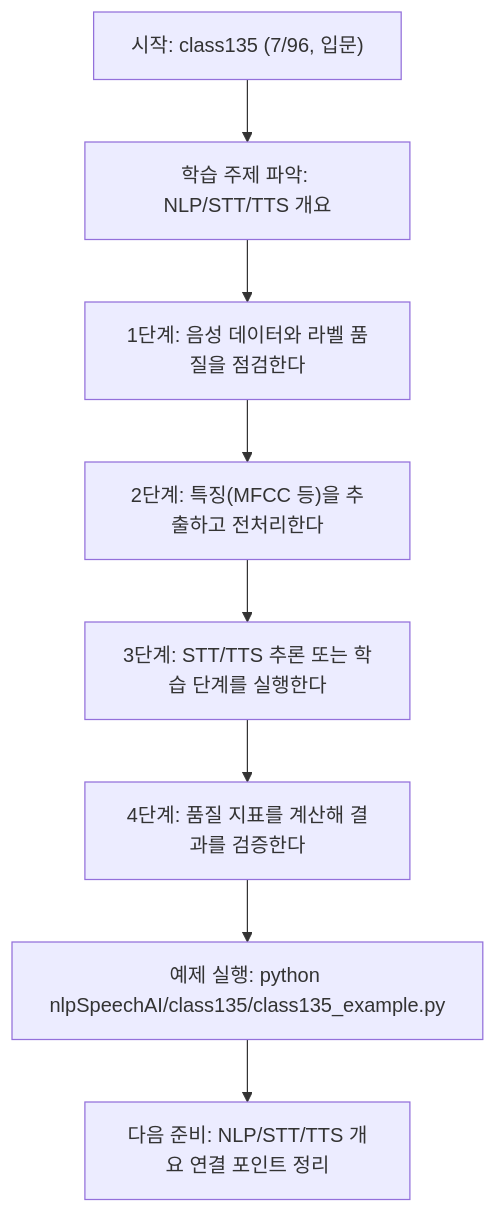
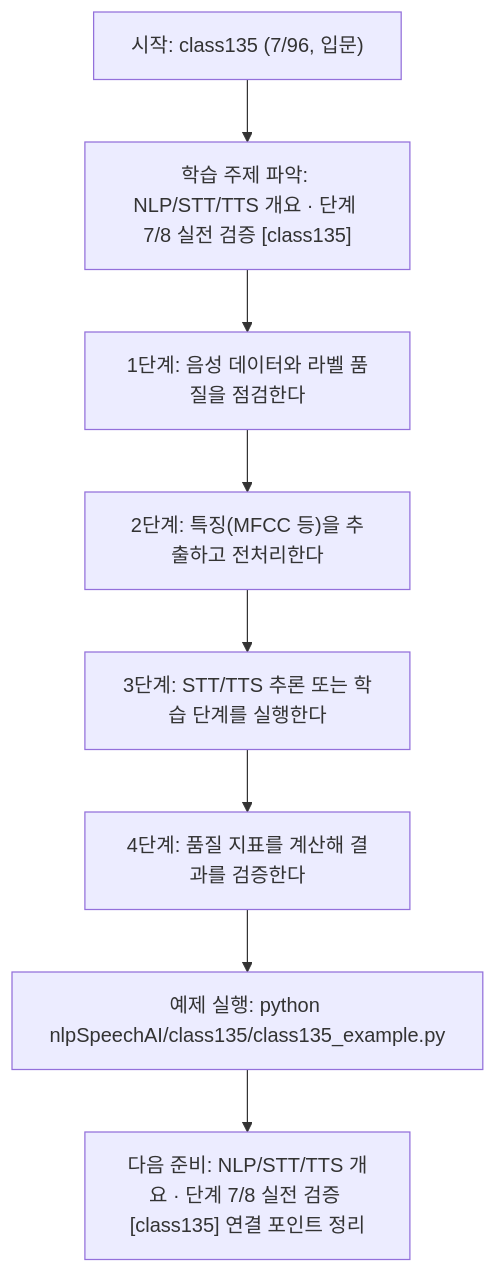
The diagram in nlpSpeechAI/class135/class135.md (edumgt/Python-AI_Agent-Class), drawn with Mermaid before and after one commit. The commit also changed other lines of this file and 522 other files, not shown here.

````diff
--- a/nlpSpeechAI/class135/class135.md
+++ b/nlpSpeechAI/class135/class135.md
@@ -114,18 +115,18 @@
 ```mermaid
 flowchart TD
 N1["시작: class135 (7/96, 입문)"]
-N2["학습 주제 파악: NLP/STT/TTS 개요"]
+N2["학습 주제 파악: NLP/STT/TTS 개요 · 단계 7/8 실전 검증 [class135]"]
 N3["1단계: 음성 데이터와 라벨 품질을 점검한다"]
 N4["2단계: 특징(MFCC 등)을 추출하고 전처리한다"]
 N5["3단계: STT/TTS 추론 또는 학습 단계를 실행한다"]
 N6["4단계: 품질 지표를 계산해 결과를 검증한다"]
 N7["예제 실행: python nlpSpeechAI/class135/class135_example.py"]
-N8["다음 준비: NLP/STT/TTS 개요 연결 포인트 정리"]
+N8["다음 준비: NLP/STT/TTS 개요 · 단계 7/8 실전 검증 [class135] 연결 포인트 정리"]
 N1 --> N2
 N2 --> N3
 N3 --> N4
 N4 --> N5
 N5 --> N6
 N6 --> N7
 N7 --> N8
 ```
````
